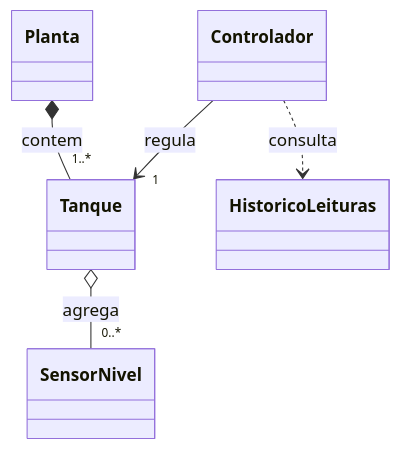
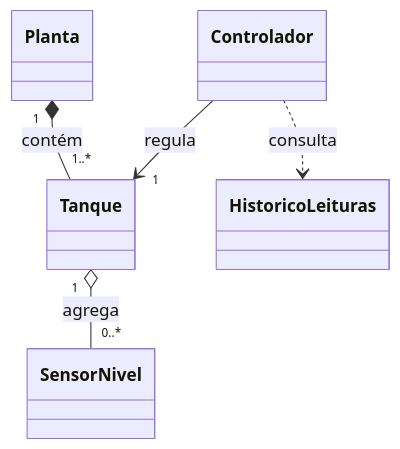
Before and after one commit to rafaelrezo/curso-poo: the fourth of 16 diagrams in docs/modelagem_analise_codigo/index.md, drawn with Mermaid. The commit also changed other lines of this file and 2 other files, not shown here.

Commit message:
feat: refine UML lesson and docs layout

````diff
--- a/docs/modelagem_analise_codigo/index.md
+++ b/docs/modelagem_analise_codigo/index.md
@@ -150,13 +152,13 @@
 ``` mermaid
 classDiagram
     class Planta
     class Tanque
     class SensorNivel
     class Controlador
     class HistoricoLeituras
 
-    Planta *-- "1..*" Tanque : contem
-    Tanque o-- "0..*" SensorNivel : agrega
+    Planta "1" *-- "1..*" Tanque : contém
+    Tanque "1" o-- "0..*" SensorNivel : agrega
     Controlador --> "1" Tanque : regula
     Controlador ..> HistoricoLeituras : consulta
 ```
````
